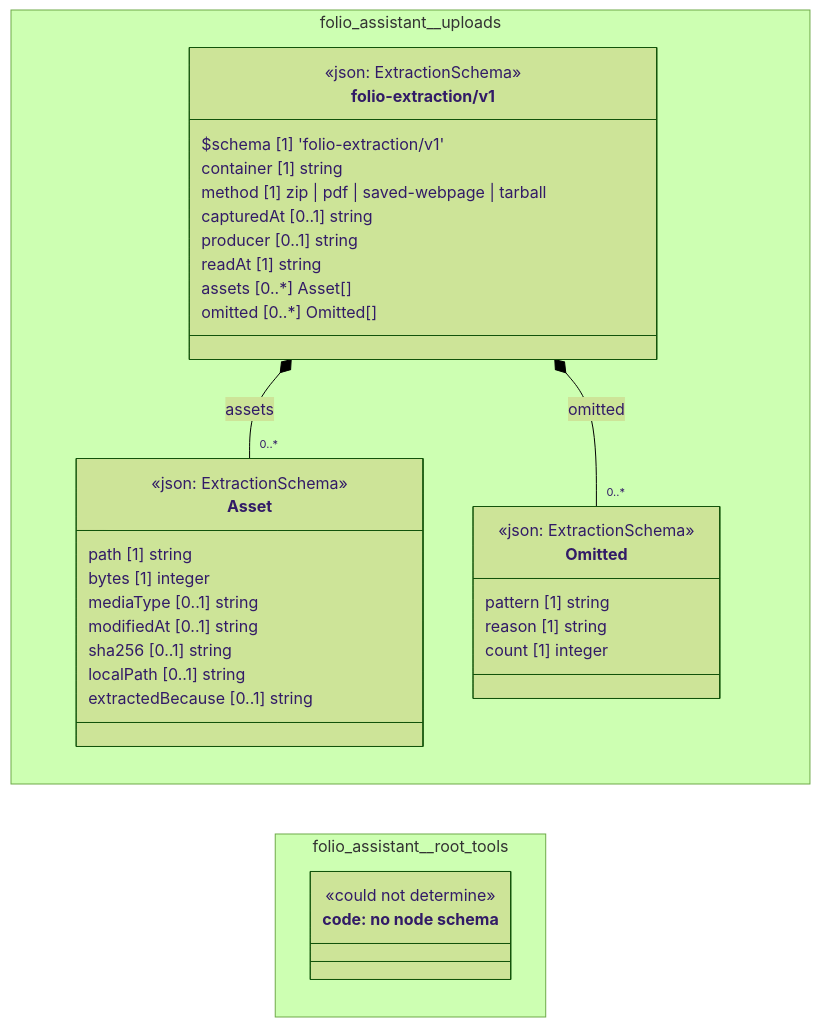
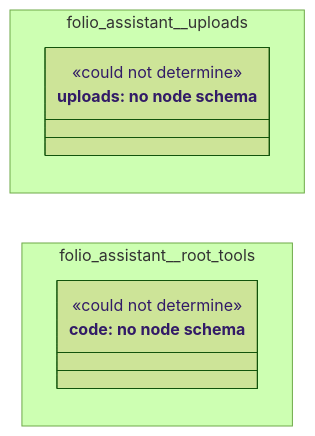
Before and after one commit to litlfred/folio-assistant: the diagram in cat-harness/docs/uml/overview/folio-assistant.md, drawn with Mermaid (forest theme). The commit also changed other lines of this file and 96 other files, not shown here.

````diff
--- a/cat-harness/docs/uml/overview/folio-assistant.md
+++ b/cat-harness/docs/uml/overview/folio-assistant.md
@@ -44,45 +44,18 @@
 ```mermaid
 classDiagram
   direction LR
   namespace folio_assistant__uploads {
-    class folio_assistant_uploads_folio_extraction_v1_Asset["Asset"] {
-      <<json: ExtractionSchema>>
-      path [1] string
-      bytes [1] integer
-      mediaType [0..1] string
-      modifiedAt [0..1] string
-      sha256 [0..1] string
-      localPath [0..1] string
-      extractedBecause [0..1] string
-    }
-    class folio_assistant_uploads_folio_extraction_v1_Omitted["Omitted"] {
-      <<json: ExtractionSchema>>
-      pattern [1] string
-      reason [1] string
-      count [1] integer
-    }
-    class folio_assistant_uploads_folio_extraction_v1_folio_extraction_v1["folio-extraction/v1"] {
-      <<json: ExtractionSchema>>
-      $schema [1] 'folio-extraction/v1'
-      container [1] string
-      method [1] zip | pdf | saved-webpage | tarball
-      capturedAt [0..1] string
-      producer [0..1] string
-      readAt [1] string
-      assets [0..*] Asset[]
-      omitted [0..*] Omitted[]
+    class n_folio_assistant_uploads_uploads["uploads: no node schema"] {
+      <<could not determine>>
     }
   }
   namespace folio_assistant__root_tools {
     class n_folio_assistant_root_tools_code["code: no node schema"] {
       <<could not determine>>
     }
   }
-  folio_assistant_uploads_folio_extraction_v1_folio_extraction_v1 *-- "0..*" folio_assistant_uploads_folio_extraction_v1_Asset : assets
-  folio_assistant_uploads_folio_extraction_v1_folio_extraction_v1 *-- "0..*" folio_assistant_uploads_folio_extraction_v1_Omitted : omitted
-  cssClass "folio_assistant_uploads_folio_extraction_v1_Asset" fa_uml_kind_uploads
-  cssClass "folio_assistant_uploads_folio_extraction_v1_Omitted" fa_uml_kind_uploads
-  cssClass "folio_assistant_uploads_folio_extraction_v1_folio_extraction_v1" fa_uml_kind_uploads
+  cssClass "n_folio_assistant_uploads_uploads" fa_uml_kind_uploads
+  cssClass "n_folio_assistant_uploads_uploads" fa_uml_undetermined
   cssClass "n_folio_assistant_root_tools_code" fa_uml_kind_code
   cssClass "n_folio_assistant_root_tools_code" fa_uml_undetermined
 ```
````
